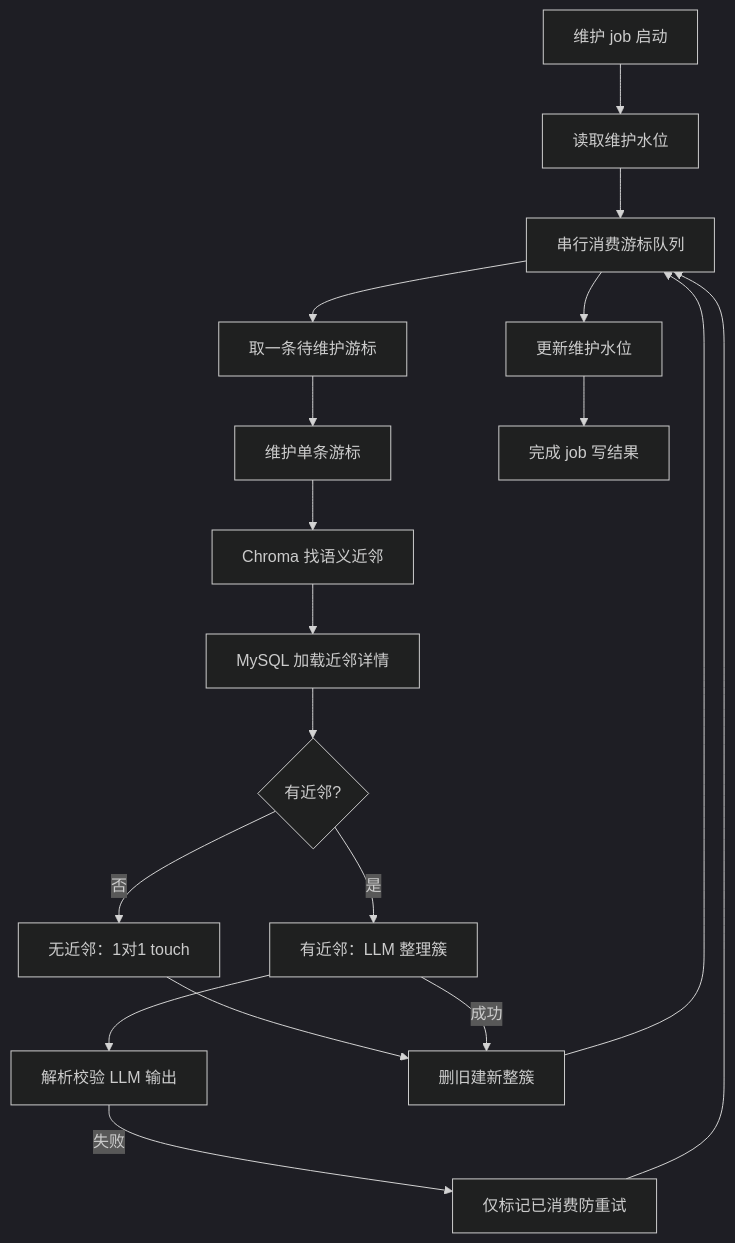
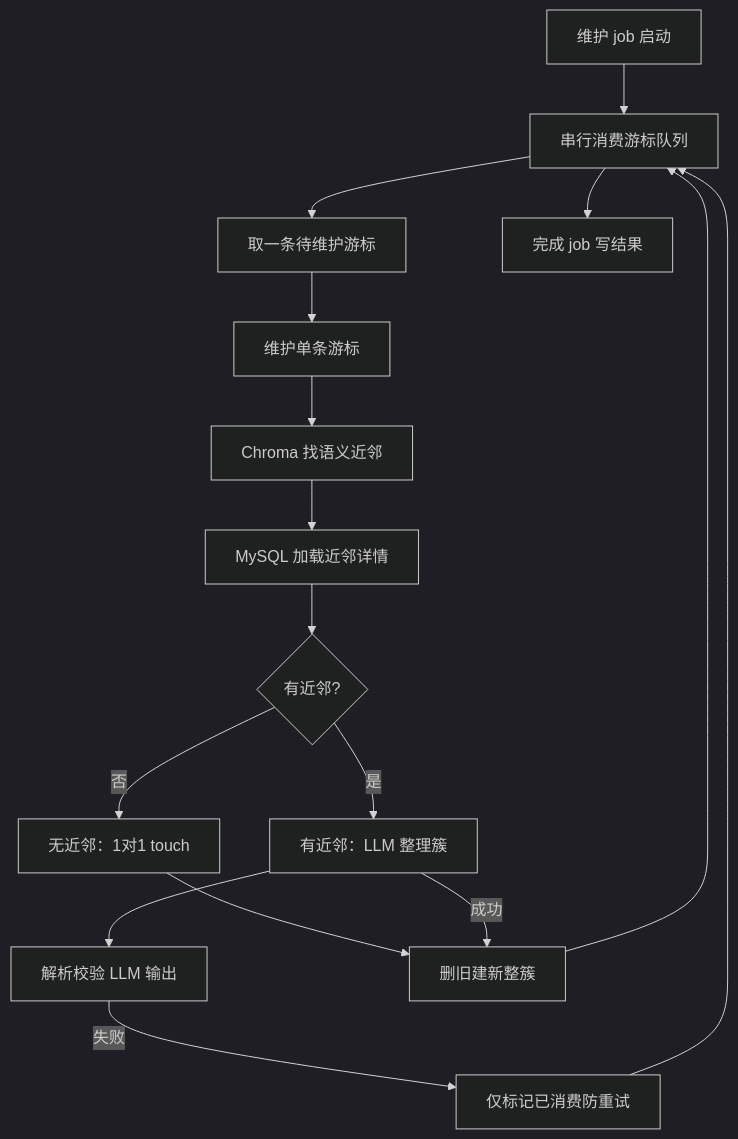
The diagram in docs/memory/maintain.md (lilialab/lilia), drawn with Mermaid (dark theme) before and after one commit. The commit also changed other lines of this file and 54 other files, not shown here.

````diff
--- a/docs/memory/maintain.md
+++ b/docs/memory/maintain.md
@@ -5,20 +5,18 @@
 ```mermaid
 flowchart TD
-  Start[维护 job 启动] --> GetWatermark[读取维护水位]
-  GetWatermark --> Loop[串行消费游标队列]
+  Start[维护 job 启动] --> Loop[串行消费游标队列]
   Loop --> FindCursor[取一条待维护游标]
   FindCursor --> One[维护单条游标]
   One --> Neighbors[Chroma 找语义近邻]
   Neighbors --> LoadIds[MySQL 加载近邻详情]
   LoadIds --> Branch{有近邻?}
   Branch -->|否| Touch["无近邻：1对1 touch"]
   Branch -->|是| LlmRewrite[有近邻：LLM 整理簇]
   LlmRewrite --> ParseValidate[解析校验 LLM 输出]
   ParseValidate -->|失败| Mark[仅标记已消费防重试]
   Touch --> Rewrite[删旧建新整簇]
   LlmRewrite -->|成功| Rewrite
   Rewrite --> Loop
   Mark --> Loop
-  Loop --> UpdateWatermark[更新维护水位]
-  UpdateWatermark --> Done[完成 job 写结果]
+  Loop --> Done[完成 job 写结果]
 ```
````
